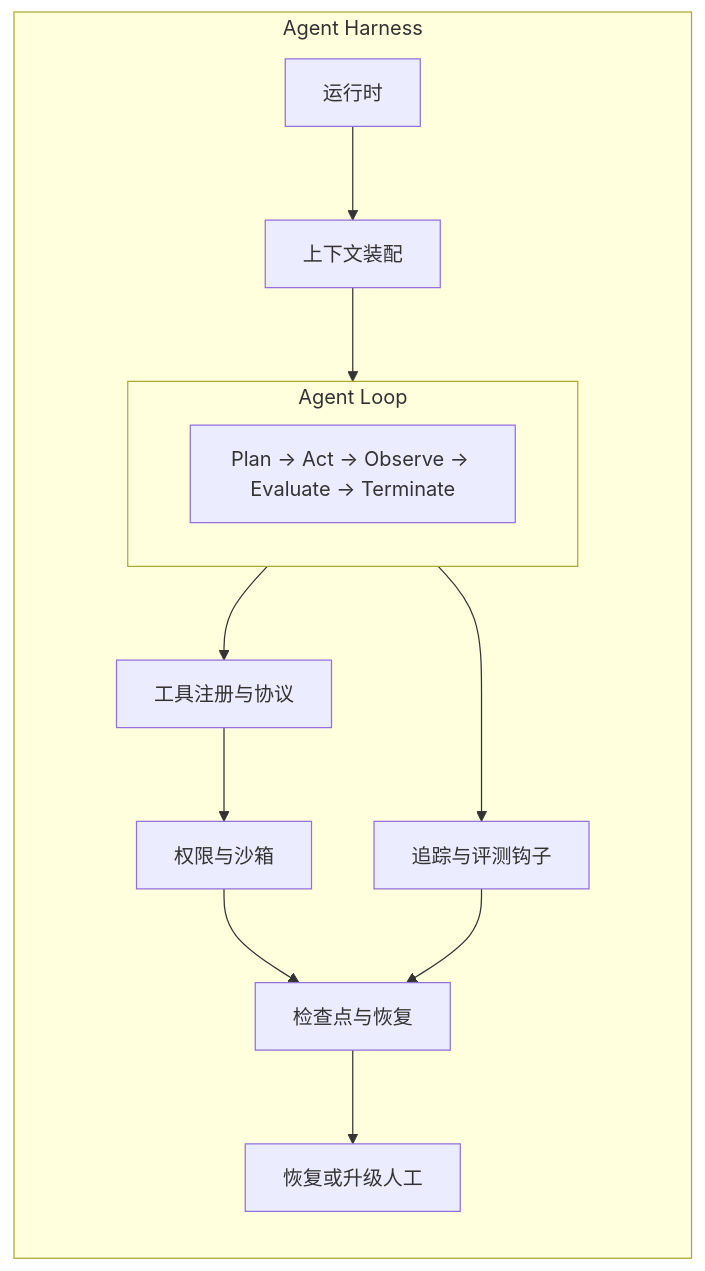
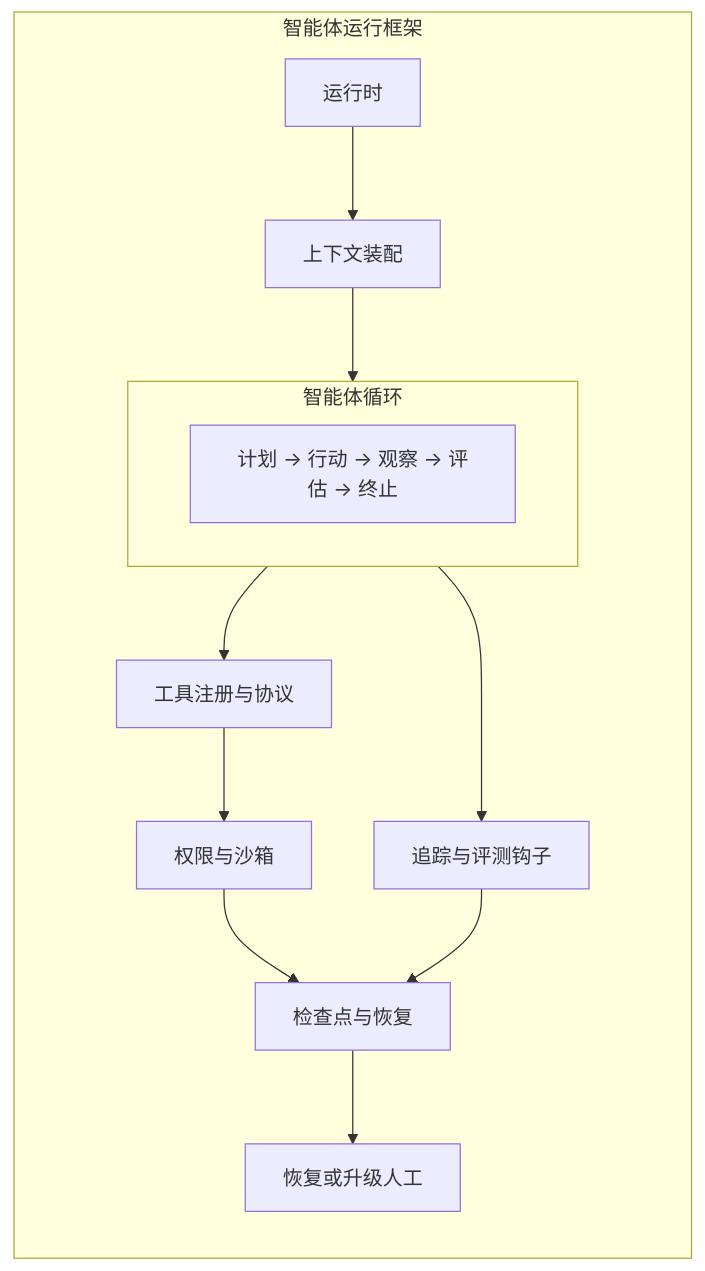
One commit to sealday/tego-arch changed the diagram in content/concepts/agt-c-02-agent-harness.mdx. Above: the diagram before and after it, drawn with Mermaid. The commit also changed other lines of this file and 6 other files, not shown here.

````diff
--- a/content/concepts/agt-c-02-agent-harness.mdx
+++ b/content/concepts/agt-c-02-agent-harness.mdx
@@ -67,18 +67,18 @@
 ```mermaid
 flowchart TB
-    subgraph HARNESS["Agent Harness"]
+    subgraph HARNESS["智能体运行框架"]
       direction TB
       RT["运行时"] --> CA["上下文装配"]
       CA --> subgraph_LOOP
-      subgraph LOOP["Agent Loop"]
+      subgraph LOOP["智能体循环"]
         direction LR
-        subgraph_LOOP["Plan → Act → Observe → Evaluate → Terminate"]
+        subgraph_LOOP["计划 → 行动 → 观察 → 评估 → 终止"]
       end
       subgraph_LOOP --> TR["工具注册与协议"]
       TR --> PS["权限与沙箱"]
       subgraph_LOOP --> TE["追踪与评测钩子"]
       PS --> CR["检查点与恢复"]
       TE --> CR
       CR --> EXIT["恢复或升级人工"]
     end
 ```
````
